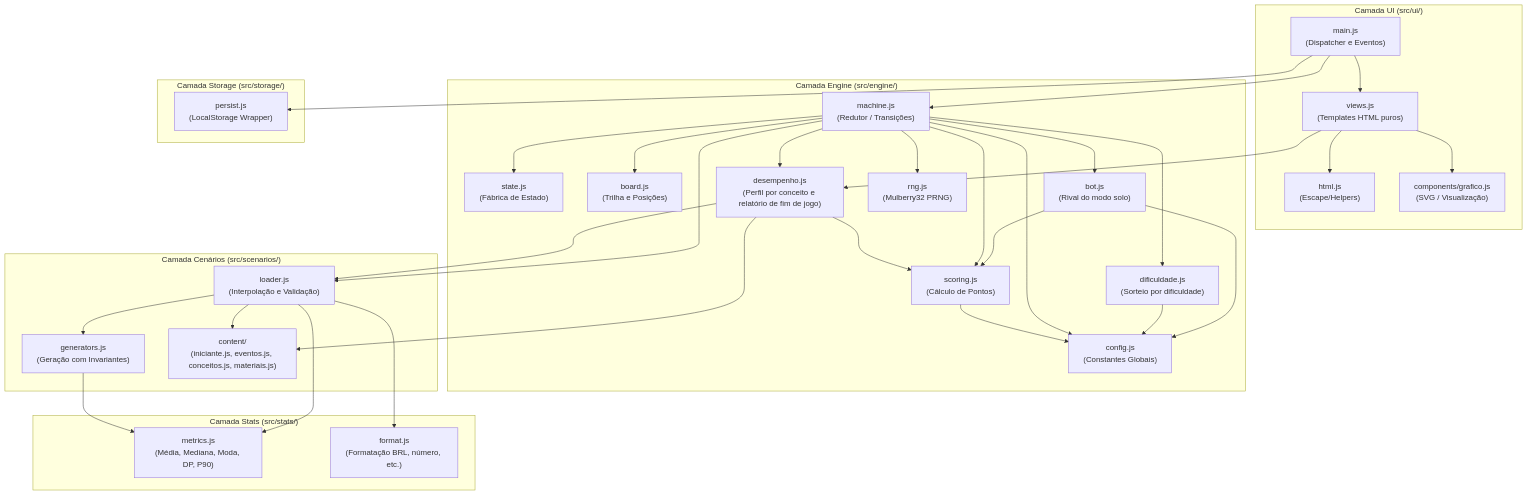
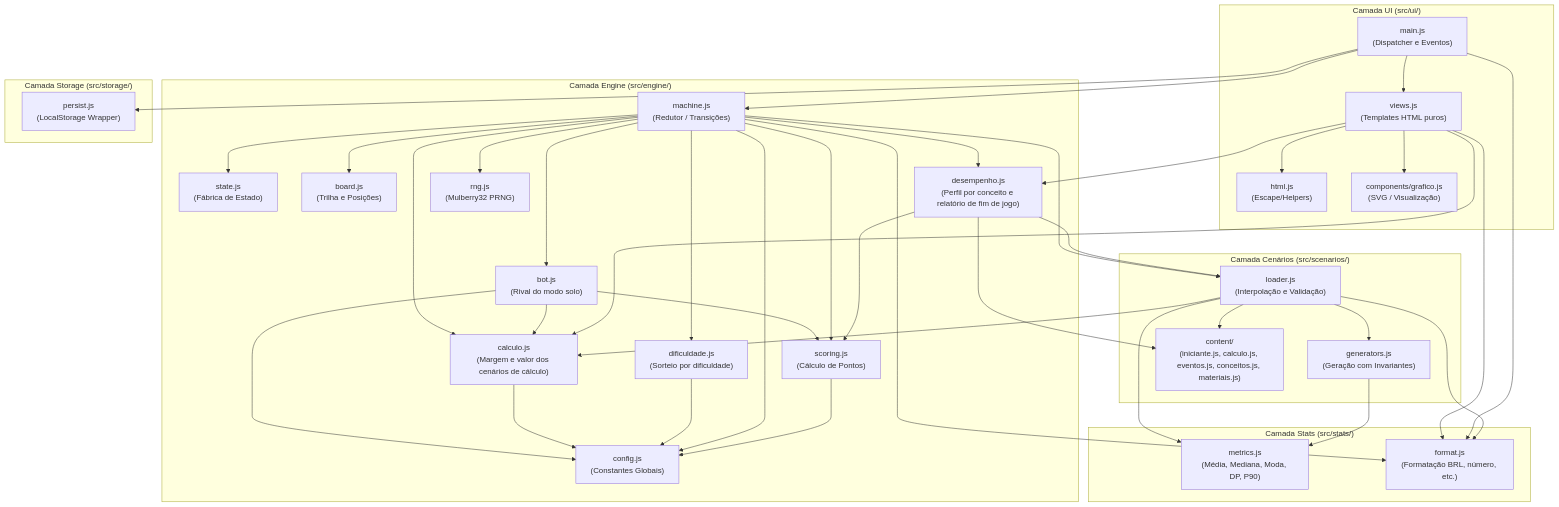
The fourth of 4 diagrams in docs/diagramas-uml.md (luiz2801/RFisher), drawn with Mermaid before and after one commit. The commit also changed other lines of this file and 26 other files, not shown here.

First line of the commit message:
feat: adiciona cenários de cálculo (14 a 18) com tabela, valor com margem e confiança

````diff
--- a/docs/diagramas-uml.md
+++ b/docs/diagramas-uml.md
@@ -279,68 +297,77 @@
 ```mermaid
 graph TD
     subgraph UI_Layer["Camada UI (src/ui/)"]
         MAIN["main.js<br/>(Dispatcher e Eventos)"]
         VIEWS["views.js<br/>(Templates HTML puros)"]
         HTML["html.js<br/>(Escape/Helpers)"]
         GRAFICO["components/grafico.js<br/>(SVG / Visualização)"]
     end
 
     subgraph Engine_Layer["Camada Engine (src/engine/)"]
         MACHINE["machine.js<br/>(Redutor / Transições)"]
         STATE["state.js<br/>(Fábrica de Estado)"]
         BOARD["board.js<br/>(Trilha e Posições)"]
         DIFICULDADE["dificuldade.js<br/>(Sorteio por dificuldade)"]
         BOT["bot.js<br/>(Rival do modo solo)"]
         SCORING["scoring.js<br/>(Cálculo de Pontos)"]
+        CALCULO["calculo.js<br/>(Margem e valor dos cenários de cálculo)"]
         DESEMPENHO["desempenho.js<br/>(Perfil por conceito e relatório de fim de jogo)"]
         RNG["rng.js<br/>(Mulberry32 PRNG)"]
         CONFIG["config.js<br/>(Constantes Globais)"]
     end
 
     subgraph Scenarios_Layer["Camada Cenários (src/scenarios/)"]
         LOADER["loader.js<br/>(Interpolação e Validação)"]
         GENERATORS["generators.js<br/>(Geração com Invariantes)"]
-        CONTENT["content/<br/>(iniciante.js, eventos.js, conceitos.js, materiais.js)"]
+        CONTENT["content/<br/>(iniciante.js, calculo.js, eventos.js, conceitos.js, materiais.js)"]
     end
 
     subgraph Stats_Layer["Camada Stats (src/stats/)"]
         METRICS["metrics.js<br/>(Média, Mediana, Moda, DP, P90)"]
         FORMAT["format.js<br/>(Formatação BRL, número, etc.)"]
     end
 
     subgraph Storage_Layer["Camada Storage (src/storage/)"]
         PERSIST["persist.js<br/>(LocalStorage Wrapper)"]
     end
 
     %% Relações
     MAIN --> MACHINE
     MAIN --> VIEWS
     MAIN --> PERSIST
     VIEWS --> GRAFICO
     VIEWS --> HTML
     VIEWS --> DESEMPENHO
 
     MACHINE --> STATE
     MACHINE --> BOARD
     MACHINE --> DIFICULDADE
     MACHINE --> BOT
+    MACHINE --> CALCULO
+    MACHINE --> FORMAT
     BOT --> CONFIG
+    BOT --> CALCULO
+    CALCULO --> CONFIG
+    VIEWS --> CALCULO
+    VIEWS --> FORMAT
+    MAIN --> FORMAT
     BOT --> SCORING
     DIFICULDADE --> CONFIG
     MACHINE --> SCORING
     MACHINE --> RNG
     MACHINE --> LOADER
     MACHINE --> CONFIG
     MACHINE --> DESEMPENHO
     DESEMPENHO --> SCORING
     DESEMPENHO --> LOADER
     DESEMPENHO --> CONTENT
 
     LOADER --> GENERATORS
     LOADER --> CONTENT
     LOADER --> METRICS
     LOADER --> FORMAT
+    LOADER --> CALCULO
 
     GENERATORS --> METRICS
     SCORING --> CONFIG
 ```
````
